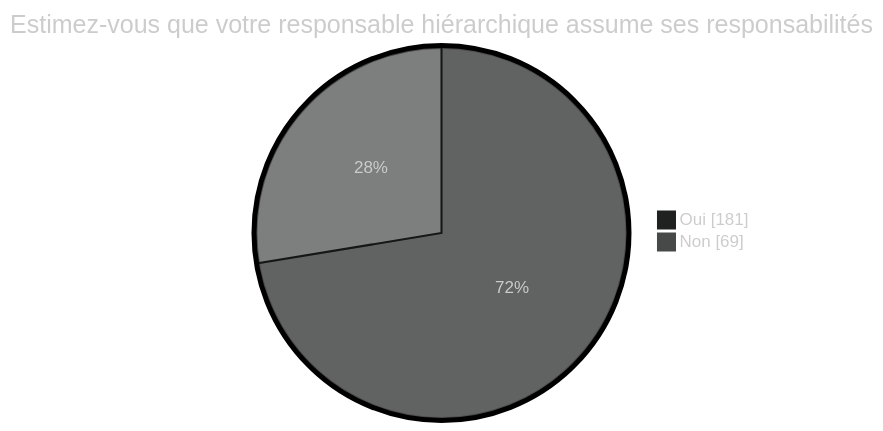
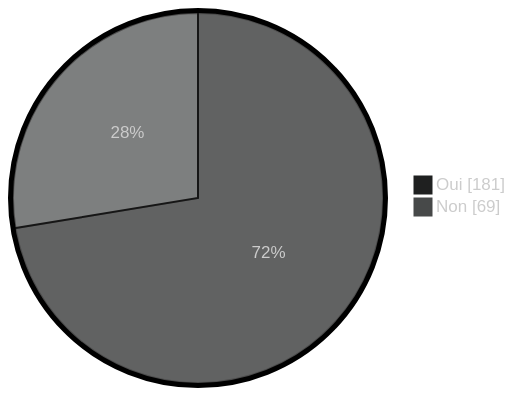
The third of 3 diagrams in content/english/pages/enquete.md (MadMaxTest-afk/hugoplate), drawn with Mermaid before and after one commit. The commit also changed other lines of this file, not shown here.

````diff
--- a/content/english/pages/enquete.md
+++ b/content/english/pages/enquete.md
@@ -53,15 +54,14 @@
 ```mermaid
 ---
 config:
   pie:
     textPosition: 0.5
   themeVariables:
     pieOuterStrokeWidth: 5px
   theme: neo-dark
 ---
 pie showData
-    title Estimez-vous que votre responsable hiérarchique assume ses responsabilités
     "Oui" : 181
     "Non" : 69
 
 ```
````
